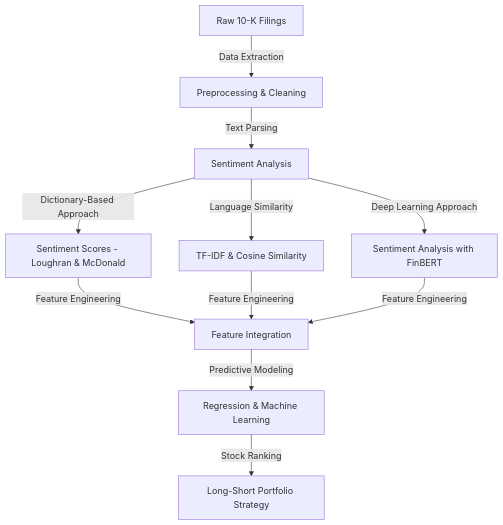
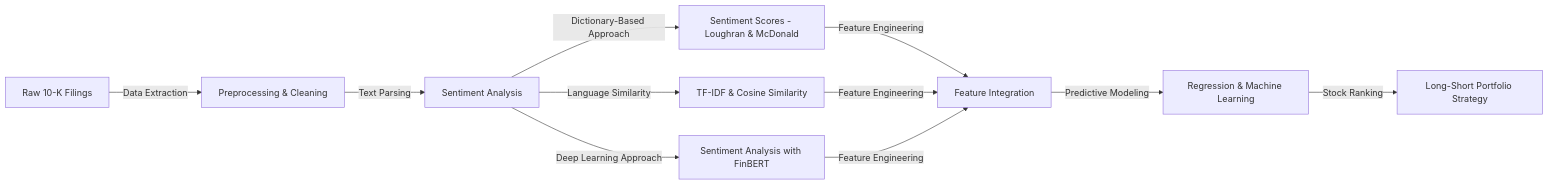
One commit to bout-nathan/data_analyis_in_finance changed the diagram in README.md. Above: the diagram before and after it, drawn with Mermaid.

````diff
--- a/README.md
+++ b/README.md
@@ -3,17 +3,17 @@
 ```mermaid
-graph TD;
+graph LR;
     A[Raw 10-K Filings] -->|Data Extraction| B[Preprocessing & Cleaning];
     B -->|Text Parsing| C[Sentiment Analysis];
     
     C -->|Dictionary-Based Approach| D1[Sentiment Scores - Loughran & McDonald];
     C -->|Language Similarity| D2[TF-IDF & Cosine Similarity];
     C -->|Deep Learning Approach| D3[Sentiment Analysis with FinBERT];
 
     D1 -->|Feature Engineering| E[Feature Integration];
     D2 -->|Feature Engineering| E;
     D3 -->|Feature Engineering| E;
 
     E -->|Predictive Modeling| F[Regression & Machine Learning];
     F -->|Stock Ranking| G[Long-Short Portfolio Strategy];
 
 ```
````
